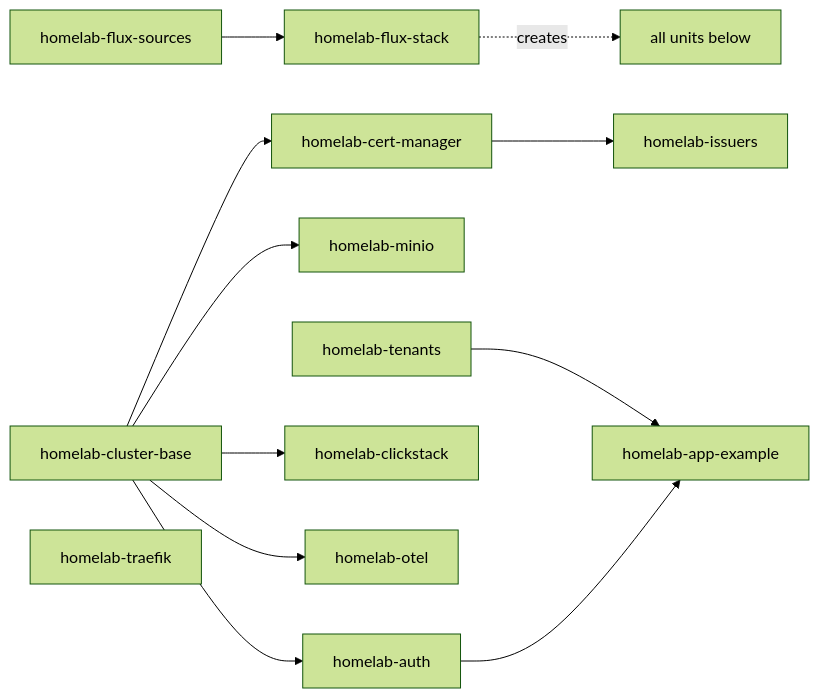
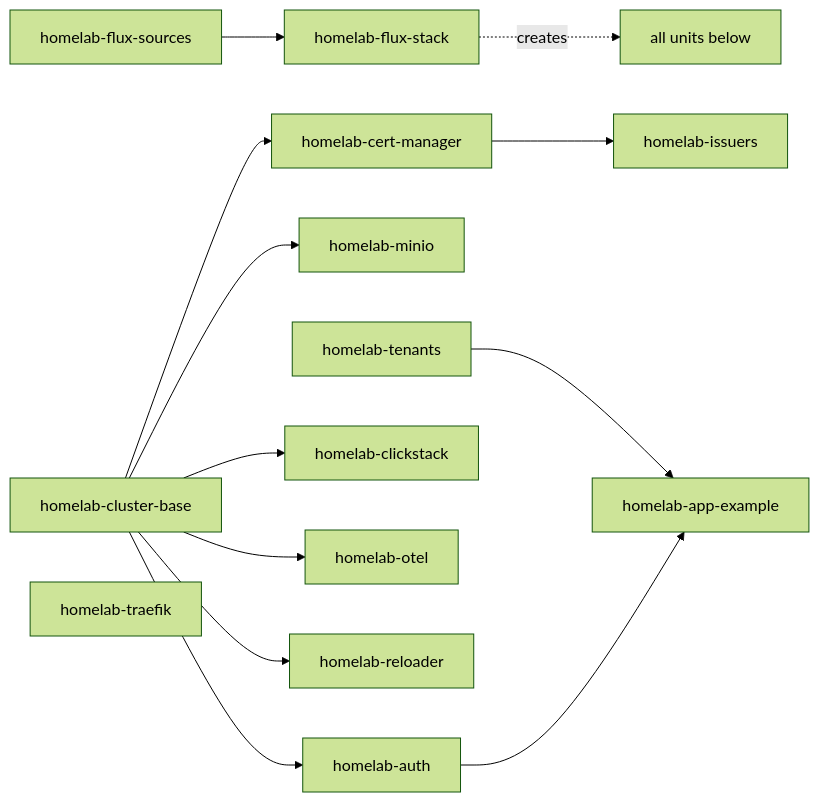
One commit to samclement/swhurl-platform changed the diagram in docs/architecture.md. Above: the diagram before and after it, drawn with Mermaid (forest theme). The commit also changed other lines of this file and 18 other files, not shown here.

````diff
--- a/docs/architecture.md
+++ b/docs/architecture.md
@@ -41,13 +41,14 @@
 ```mermaid
 flowchart LR
   sources[homelab-flux-sources] --> stack[homelab-flux-stack]
   stack -. creates .-> units[all units below]
   base[homelab-cluster-base] --> cm[homelab-cert-manager] --> issuers[homelab-issuers]
   base --> minio[homelab-minio]
   base --> auth[homelab-auth]
   base --> clickstack[homelab-clickstack]
   base --> otel[homelab-otel]
+  base --> reloader[homelab-reloader]
   traefik[homelab-traefik]
   tenants[homelab-tenants] --> example[homelab-app-example]
   auth --> example
 ```
````
